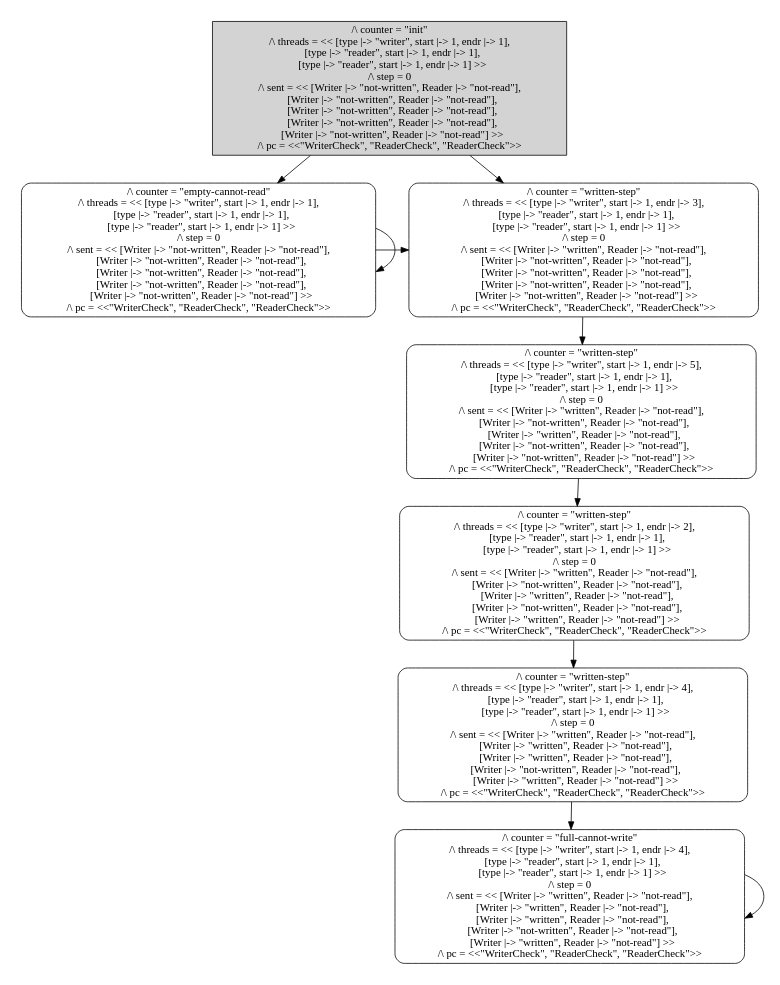
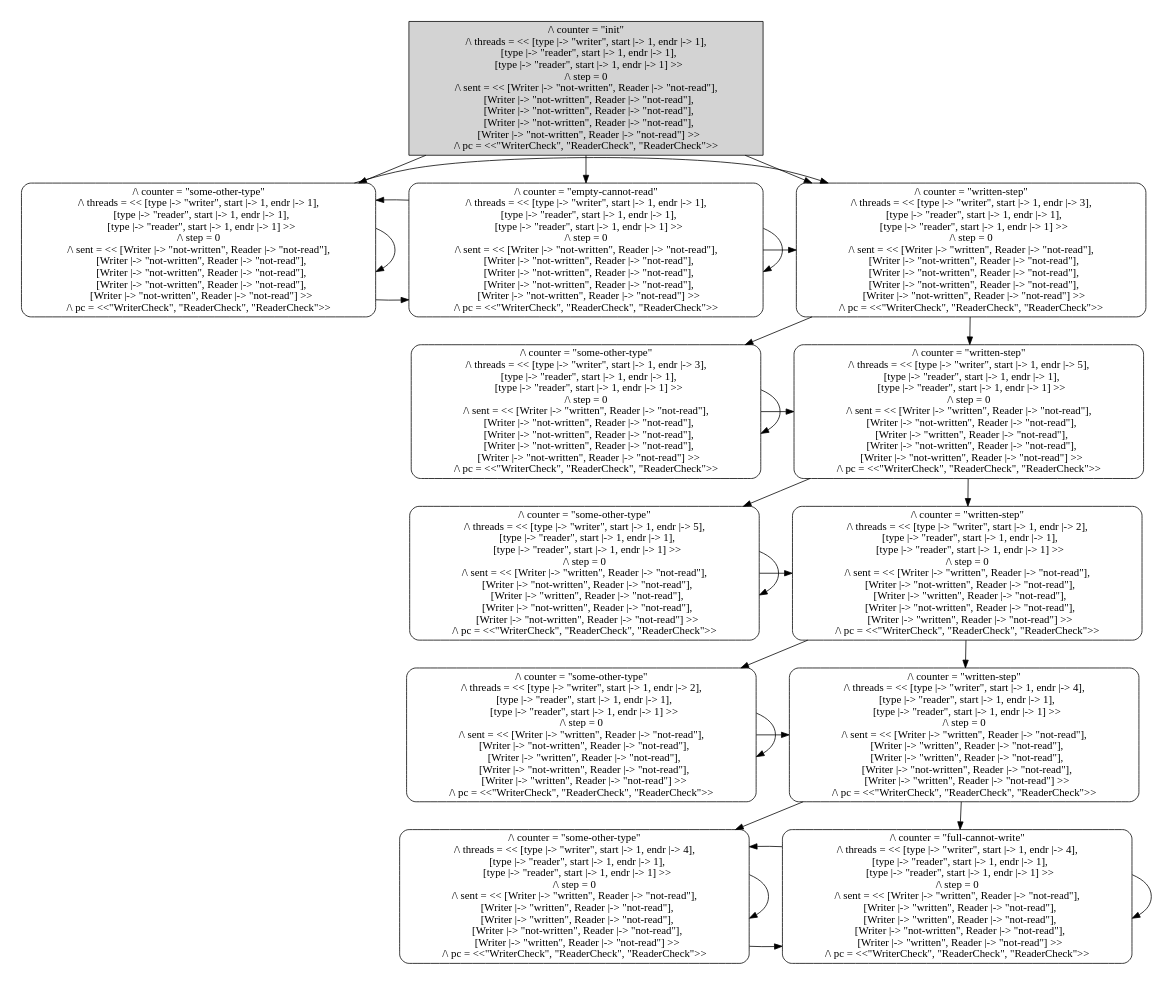
The diagram in ringbuffer-tla/spec.dot (samsquire/assembly), drawn with Graphviz before and after one commit. The commit also changed 36 other files, not shown here.

```diff
--- a/ringbuffer-tla/spec.dot
+++ b/ringbuffer-tla/spec.dot
@@ -3,45 +3,77 @@
 nodesep=0.35;
 subgraph cluster_graph {
 color="white";
-8575854053410491185 [label="/\\ counter = \"init\"\n/\\ threads = << [type |-> \"writer\", start |-> 1, endr |-> 1],\n   [type |-> \"reader\", start |-> 1, endr |-> 1],\n   [type |-> \"reader\", start |-> 1, endr |-> 1] >>\n/\\ step = 0\n/\\ sent = << [Writer |-> \"not-written\", Reader |-> \"not-read\"],\n   [Writer |-> \"not-written\", Reader |-> \"not-read\"],\n   [Writer |-> \"not-written\", Reader |-> \"not-read\"],\n   [Writer |-> \"not-written\", Reader |-> \"not-read\"],\n   [Writer |-> \"not-written\", Reader |-> \"not-read\"] >>\n/\\ pc = <<\"WriterCheck\", \"ReaderCheck\", \"ReaderCheck\">>",style = filled]
-8575854053410491185 -> -319504819257083475 [label="",color="black",fontcolor="black"];
--319504819257083475 [label="/\\ counter = \"empty-cannot-read\"\n/\\ threads = << [type |-> \"writer\", start |-> 1, endr |-> 1],\n   [type |-> \"reader\", start |-> 1, endr |-> 1],\n   [type |-> \"reader\", start |-> 1, endr |-> 1] >>\n/\\ step = 0\n/\\ sent = << [Writer |-> \"not-written\", Reader |-> \"not-read\"],\n   [Writer |-> \"not-written\", Reader |-> \"not-read\"],\n   [Writer |-> \"not-written\", Reader |-> \"not-read\"],\n   [Writer |-> \"not-written\", Reader |-> \"not-read\"],\n   [Writer |-> \"not-written\", Reader |-> \"not-read\"] >>\n/\\ pc = <<\"WriterCheck\", \"ReaderCheck\", \"ReaderCheck\">>"];
-8575854053410491185 -> 6017930998504999431 [label="",color="black",fontcolor="black"];
-6017930998504999431 [label="/\\ counter = \"written-step\"\n/\\ threads = << [type |-> \"writer\", start |-> 1, endr |-> 3],\n   [type |-> \"reader\", start |-> 1, endr |-> 1],\n   [type |-> \"reader\", start |-> 1, endr |-> 1] >>\n/\\ step = 0\n/\\ sent = << [Writer |-> \"written\", Reader |-> \"not-read\"],\n   [Writer |-> \"not-written\", Reader |-> \"not-read\"],\n   [Writer |-> \"not-written\", Reader |-> \"not-read\"],\n   [Writer |-> \"not-written\", Reader |-> \"not-read\"],\n   [Writer |-> \"not-written\", Reader |-> \"not-read\"] >>\n/\\ pc = <<\"WriterCheck\", \"ReaderCheck\", \"ReaderCheck\">>"];
-8575854053410491185 -> -319504819257083475 [label="",color="black",fontcolor="black"];
-8575854053410491185 -> 6017930998504999431 [label="",color="black",fontcolor="black"];
-8575854053410491185 -> -319504819257083475 [label="",color="black",fontcolor="black"];
-8575854053410491185 -> 6017930998504999431 [label="",color="black",fontcolor="black"];
--319504819257083475 -> -319504819257083475 [label="",color="black",fontcolor="black"];
--319504819257083475 -> 6017930998504999431 [label="",color="black",fontcolor="black"];
--319504819257083475 -> -319504819257083475 [label="",color="black",fontcolor="black"];
--319504819257083475 -> 6017930998504999431 [label="",color="black",fontcolor="black"];
--319504819257083475 -> -319504819257083475 [label="",color="black",fontcolor="black"];
--319504819257083475 -> 6017930998504999431 [label="",color="black",fontcolor="black"];
-6017930998504999431 -> 4520288736078588196 [label="",color="black",fontcolor="black"];
-4520288736078588196 [label="/\\ counter = \"written-step\"\n/\\ threads = << [type |-> \"writer\", start |-> 1, endr |-> 5],\n   [type |-> \"reader\", start |-> 1, endr |-> 1],\n   [type |-> \"reader\", start |-> 1, endr |-> 1] >>\n/\\ step = 0\n/\\ sent = << [Writer |-> \"written\", Reader |-> \"not-read\"],\n   [Writer |-> \"not-written\", Reader |-> \"not-read\"],\n   [Writer |-> \"written\", Reader |-> \"not-read\"],\n   [Writer |-> \"not-written\", Reader |-> \"not-read\"],\n   [Writer |-> \"not-written\", Reader |-> \"not-read\"] >>\n/\\ pc = <<\"WriterCheck\", \"ReaderCheck\", \"ReaderCheck\">>"];
-6017930998504999431 -> 4520288736078588196 [label="",color="black",fontcolor="black"];
-6017930998504999431 -> 4520288736078588196 [label="",color="black",fontcolor="black"];
-4520288736078588196 -> -5201274984305809639 [label="",color="black",fontcolor="black"];
--5201274984305809639 [label="/\\ counter = \"written-step\"\n/\\ threads = << [type |-> \"writer\", start |-> 1, endr |-> 2],\n   [type |-> \"reader\", start |-> 1, endr |-> 1],\n   [type |-> \"reader\", start |-> 1, endr |-> 1] >>\n/\\ step = 0\n/\\ sent = << [Writer |-> \"written\", Reader |-> \"not-read\"],\n   [Writer |-> \"not-written\", Reader |-> \"not-read\"],\n   [Writer |-> \"written\", Reader |-> \"not-read\"],\n   [Writer |-> \"not-written\", Reader |-> \"not-read\"],\n   [Writer |-> \"written\", Reader |-> \"not-read\"] >>\n/\\ pc = <<\"WriterCheck\", \"ReaderCheck\", \"ReaderCheck\">>"];
-4520288736078588196 -> -5201274984305809639 [label="",color="black",fontcolor="black"];
-4520288736078588196 -> -5201274984305809639 [label="",color="black",fontcolor="black"];
--5201274984305809639 -> 6342678876519163561 [label="",color="black",fontcolor="black"];
-6342678876519163561 [label="/\\ counter = \"written-step\"\n/\\ threads = << [type |-> \"writer\", start |-> 1, endr |-> 4],\n   [type |-> \"reader\", start |-> 1, endr |-> 1],\n   [type |-> \"reader\", start |-> 1, endr |-> 1] >>\n/\\ step = 0\n/\\ sent = << [Writer |-> \"written\", Reader |-> \"not-read\"],\n   [Writer |-> \"written\", Reader |-> \"not-read\"],\n   [Writer |-> \"written\", Reader |-> \"not-read\"],\n   [Writer |-> \"not-written\", Reader |-> \"not-read\"],\n   [Writer |-> \"written\", Reader |-> \"not-read\"] >>\n/\\ pc = <<\"WriterCheck\", \"ReaderCheck\", \"ReaderCheck\">>"];
--5201274984305809639 -> 6342678876519163561 [label="",color="black",fontcolor="black"];
--5201274984305809639 -> 6342678876519163561 [label="",color="black",fontcolor="black"];
-6342678876519163561 -> 6827170466445832210 [label="",color="black",fontcolor="black"];
-6827170466445832210 [label="/\\ counter = \"full-cannot-write\"\n/\\ threads = << [type |-> \"writer\", start |-> 1, endr |-> 4],\n   [type |-> \"reader\", start |-> 1, endr |-> 1],\n   [type |-> \"reader\", start |-> 1, endr |-> 1] >>\n/\\ step = 0\n/\\ sent = << [Writer |-> \"written\", Reader |-> \"not-read\"],\n   [Writer |-> \"written\", Reader |-> \"not-read\"],\n   [Writer |-> \"written\", Reader |-> \"not-read\"],\n   [Writer |-> \"not-written\", Reader |-> \"not-read\"],\n   [Writer |-> \"written\", Reader |-> \"not-read\"] >>\n/\\ pc = <<\"WriterCheck\", \"ReaderCheck\", \"ReaderCheck\">>"];
-6342678876519163561 -> 6827170466445832210 [label="",color="black",fontcolor="black"];
-6342678876519163561 -> 6827170466445832210 [label="",color="black",fontcolor="black"];
-6827170466445832210 -> 6827170466445832210 [label="",color="black",fontcolor="black"];
-6827170466445832210 -> 6827170466445832210 [label="",color="black",fontcolor="black"];
-6827170466445832210 -> 6827170466445832210 [label="",color="black",fontcolor="black"];
-{rank = same; 8575854053410491185;}
-{rank = same; -319504819257083475;6017930998504999431;}
-{rank = same; 4520288736078588196;}
-{rank = same; -5201274984305809639;}
-{rank = same; 6342678876519163561;}
-{rank = same; 6827170466445832210;}
+-6051863665710841670 [label="/\\ counter = \"init\"\n/\\ threads = << [type |-> \"writer\", start |-> 1, endr |-> 1],\n   [type |-> \"reader\", start |-> 1, endr |-> 1],\n   [type |-> \"reader\", start |-> 1, endr |-> 1] >>\n/\\ step = 0\n/\\ sent = << [Writer |-> \"not-written\", Reader |-> \"not-read\"],\n   [Writer |-> \"not-written\", Reader |-> \"not-read\"],\n   [Writer |-> \"not-written\", Reader |-> \"not-read\"],\n   [Writer |-> \"not-written\", Reader |-> \"not-read\"],\n   [Writer |-> \"not-written\", Reader |-> \"not-read\"] >>\n/\\ pc = <<\"WriterCheck\", \"ReaderCheck\", \"ReaderCheck\">>",style = filled]
+-6051863665710841670 -> -7301710579168545868 [label="",color="black",fontcolor="black"];
+-7301710579168545868 [label="/\\ counter = \"some-other-type\"\n/\\ threads = << [type |-> \"writer\", start |-> 1, endr |-> 1],\n   [type |-> \"reader\", start |-> 1, endr |-> 1],\n   [type |-> \"reader\", start |-> 1, endr |-> 1] >>\n/\\ step = 0\n/\\ sent = << [Writer |-> \"not-written\", Reader |-> \"not-read\"],\n   [Writer |-> \"not-written\", Reader |-> \"not-read\"],\n   [Writer |-> \"not-written\", Reader |-> \"not-read\"],\n   [Writer |-> \"not-written\", Reader |-> \"not-read\"],\n   [Writer |-> \"not-written\", Reader |-> \"not-read\"] >>\n/\\ pc = <<\"WriterCheck\", \"ReaderCheck\", \"ReaderCheck\">>"];
+-6051863665710841670 -> -3811290044787897827 [label="",color="black",fontcolor="black"];
+-3811290044787897827 [label="/\\ counter = \"written-step\"\n/\\ threads = << [type |-> \"writer\", start |-> 1, endr |-> 3],\n   [type |-> \"reader\", start |-> 1, endr |-> 1],\n   [type |-> \"reader\", start |-> 1, endr |-> 1] >>\n/\\ step = 0\n/\\ sent = << [Writer |-> \"written\", Reader |-> \"not-read\"],\n   [Writer |-> \"not-written\", Reader |-> \"not-read\"],\n   [Writer |-> \"not-written\", Reader |-> \"not-read\"],\n   [Writer |-> \"not-written\", Reader |-> \"not-read\"],\n   [Writer |-> \"not-written\", Reader |-> \"not-read\"] >>\n/\\ pc = <<\"WriterCheck\", \"ReaderCheck\", \"ReaderCheck\">>"];
+-6051863665710841670 -> -8696813682197944328 [label="",color="black",fontcolor="black"];
+-8696813682197944328 [label="/\\ counter = \"empty-cannot-read\"\n/\\ threads = << [type |-> \"writer\", start |-> 1, endr |-> 1],\n   [type |-> \"reader\", start |-> 1, endr |-> 1],\n   [type |-> \"reader\", start |-> 1, endr |-> 1] >>\n/\\ step = 0\n/\\ sent = << [Writer |-> \"not-written\", Reader |-> \"not-read\"],\n   [Writer |-> \"not-written\", Reader |-> \"not-read\"],\n   [Writer |-> \"not-written\", Reader |-> \"not-read\"],\n   [Writer |-> \"not-written\", Reader |-> \"not-read\"],\n   [Writer |-> \"not-written\", Reader |-> \"not-read\"] >>\n/\\ pc = <<\"WriterCheck\", \"ReaderCheck\", \"ReaderCheck\">>"];
+-6051863665710841670 -> -3811290044787897827 [label="",color="black",fontcolor="black"];
+-6051863665710841670 -> -8696813682197944328 [label="",color="black",fontcolor="black"];
+-6051863665710841670 -> -3811290044787897827 [label="",color="black",fontcolor="black"];
+-7301710579168545868 -> -7301710579168545868 [label="",color="black",fontcolor="black"];
+-7301710579168545868 -> -3811290044787897827 [label="",color="black",fontcolor="black"];
+-7301710579168545868 -> -8696813682197944328 [label="",color="black",fontcolor="black"];
+-7301710579168545868 -> -3811290044787897827 [label="",color="black",fontcolor="black"];
+-7301710579168545868 -> -8696813682197944328 [label="",color="black",fontcolor="black"];
+-7301710579168545868 -> -3811290044787897827 [label="",color="black",fontcolor="black"];
+-3811290044787897827 -> 8738069913012881732 [label="",color="black",fontcolor="black"];
+8738069913012881732 [label="/\\ counter = \"some-other-type\"\n/\\ threads = << [type |-> \"writer\", start |-> 1, endr |-> 3],\n   [type |-> \"reader\", start |-> 1, endr |-> 1],\n   [type |-> \"reader\", start |-> 1, endr |-> 1] >>\n/\\ step = 0\n/\\ sent = << [Writer |-> \"written\", Reader |-> \"not-read\"],\n   [Writer |-> \"not-written\", Reader |-> \"not-read\"],\n   [Writer |-> \"not-written\", Reader |-> \"not-read\"],\n   [Writer |-> \"not-written\", Reader |-> \"not-read\"],\n   [Writer |-> \"not-written\", Reader |-> \"not-read\"] >>\n/\\ pc = <<\"WriterCheck\", \"ReaderCheck\", \"ReaderCheck\">>"];
+-3811290044787897827 -> 4515342442379867883 [label="",color="black",fontcolor="black"];
+4515342442379867883 [label="/\\ counter = \"written-step\"\n/\\ threads = << [type |-> \"writer\", start |-> 1, endr |-> 5],\n   [type |-> \"reader\", start |-> 1, endr |-> 1],\n   [type |-> \"reader\", start |-> 1, endr |-> 1] >>\n/\\ step = 0\n/\\ sent = << [Writer |-> \"written\", Reader |-> \"not-read\"],\n   [Writer |-> \"not-written\", Reader |-> \"not-read\"],\n   [Writer |-> \"written\", Reader |-> \"not-read\"],\n   [Writer |-> \"not-written\", Reader |-> \"not-read\"],\n   [Writer |-> \"not-written\", Reader |-> \"not-read\"] >>\n/\\ pc = <<\"WriterCheck\", \"ReaderCheck\", \"ReaderCheck\">>"];
+-3811290044787897827 -> 4515342442379867883 [label="",color="black",fontcolor="black"];
+-3811290044787897827 -> 4515342442379867883 [label="",color="black",fontcolor="black"];
+-8696813682197944328 -> -7301710579168545868 [label="",color="black",fontcolor="black"];
+-8696813682197944328 -> -3811290044787897827 [label="",color="black",fontcolor="black"];
+-8696813682197944328 -> -8696813682197944328 [label="",color="black",fontcolor="black"];
+-8696813682197944328 -> -3811290044787897827 [label="",color="black",fontcolor="black"];
+-8696813682197944328 -> -8696813682197944328 [label="",color="black",fontcolor="black"];
+-8696813682197944328 -> -3811290044787897827 [label="",color="black",fontcolor="black"];
+8738069913012881732 -> 8738069913012881732 [label="",color="black",fontcolor="black"];
+8738069913012881732 -> 4515342442379867883 [label="",color="black",fontcolor="black"];
+8738069913012881732 -> 4515342442379867883 [label="",color="black",fontcolor="black"];
+8738069913012881732 -> 4515342442379867883 [label="",color="black",fontcolor="black"];
+4515342442379867883 -> -5485904536235013221 [label="",color="black",fontcolor="black"];
+-5485904536235013221 [label="/\\ counter = \"some-other-type\"\n/\\ threads = << [type |-> \"writer\", start |-> 1, endr |-> 5],\n   [type |-> \"reader\", start |-> 1, endr |-> 1],\n   [type |-> \"reader\", start |-> 1, endr |-> 1] >>\n/\\ step = 0\n/\\ sent = << [Writer |-> \"written\", Reader |-> \"not-read\"],\n   [Writer |-> \"not-written\", Reader |-> \"not-read\"],\n   [Writer |-> \"written\", Reader |-> \"not-read\"],\n   [Writer |-> \"not-written\", Reader |-> \"not-read\"],\n   [Writer |-> \"not-written\", Reader |-> \"not-read\"] >>\n/\\ pc = <<\"WriterCheck\", \"ReaderCheck\", \"ReaderCheck\">>"];
+4515342442379867883 -> -7585305283460969439 [label="",color="black",fontcolor="black"];
+-7585305283460969439 [label="/\\ counter = \"written-step\"\n/\\ threads = << [type |-> \"writer\", start |-> 1, endr |-> 2],\n   [type |-> \"reader\", start |-> 1, endr |-> 1],\n   [type |-> \"reader\", start |-> 1, endr |-> 1] >>\n/\\ step = 0\n/\\ sent = << [Writer |-> \"written\", Reader |-> \"not-read\"],\n   [Writer |-> \"not-written\", Reader |-> \"not-read\"],\n   [Writer |-> \"written\", Reader |-> \"not-read\"],\n   [Writer |-> \"not-written\", Reader |-> \"not-read\"],\n   [Writer |-> \"written\", Reader |-> \"not-read\"] >>\n/\\ pc = <<\"WriterCheck\", \"ReaderCheck\", \"ReaderCheck\">>"];
+4515342442379867883 -> -7585305283460969439 [label="",color="black",fontcolor="black"];
+4515342442379867883 -> -7585305283460969439 [label="",color="black",fontcolor="black"];
+-5485904536235013221 -> -5485904536235013221 [label="",color="black",fontcolor="black"];
+-5485904536235013221 -> -7585305283460969439 [label="",color="black",fontcolor="black"];
+-5485904536235013221 -> -7585305283460969439 [label="",color="black",fontcolor="black"];
+-5485904536235013221 -> -7585305283460969439 [label="",color="black",fontcolor="black"];
+-7585305283460969439 -> -7798450948328355687 [label="",color="black",fontcolor="black"];
+-7798450948328355687 [label="/\\ counter = \"some-other-type\"\n/\\ threads = << [type |-> \"writer\", start |-> 1, endr |-> 2],\n   [type |-> \"reader\", start |-> 1, endr |-> 1],\n   [type |-> \"reader\", start |-> 1, endr |-> 1] >>\n/\\ step = 0\n/\\ sent = << [Writer |-> \"written\", Reader |-> \"not-read\"],\n   [Writer |-> \"not-written\", Reader |-> \"not-read\"],\n   [Writer |-> \"written\", Reader |-> \"not-read\"],\n   [Writer |-> \"not-written\", Reader |-> \"not-read\"],\n   [Writer |-> \"written\", Reader |-> \"not-read\"] >>\n/\\ pc = <<\"WriterCheck\", \"ReaderCheck\", \"ReaderCheck\">>"];
+-7585305283460969439 -> 7348867688765914453 [label="",color="black",fontcolor="black"];
+7348867688765914453 [label="/\\ counter = \"written-step\"\n/\\ threads = << [type |-> \"writer\", start |-> 1, endr |-> 4],\n   [type |-> \"reader\", start |-> 1, endr |-> 1],\n   [type |-> \"reader\", start |-> 1, endr |-> 1] >>\n/\\ step = 0\n/\\ sent = << [Writer |-> \"written\", Reader |-> \"not-read\"],\n   [Writer |-> \"written\", Reader |-> \"not-read\"],\n   [Writer |-> \"written\", Reader |-> \"not-read\"],\n   [Writer |-> \"not-written\", Reader |-> \"not-read\"],\n   [Writer |-> \"written\", Reader |-> \"not-read\"] >>\n/\\ pc = <<\"WriterCheck\", \"ReaderCheck\", \"ReaderCheck\">>"];
+-7585305283460969439 -> 7348867688765914453 [label="",color="black",fontcolor="black"];
+-7585305283460969439 -> 7348867688765914453 [label="",color="black",fontcolor="black"];
+-7798450948328355687 -> -7798450948328355687 [label="",color="black",fontcolor="black"];
+-7798450948328355687 -> 7348867688765914453 [label="",color="black",fontcolor="black"];
+-7798450948328355687 -> 7348867688765914453 [label="",color="black",fontcolor="black"];
+-7798450948328355687 -> 7348867688765914453 [label="",color="black",fontcolor="black"];
+7348867688765914453 -> 171811459985555876 [label="",color="black",fontcolor="black"];
+171811459985555876 [label="/\\ counter = \"some-other-type\"\n/\\ threads = << [type |-> \"writer\", start |-> 1, endr |-> 4],\n   [type |-> \"reader\", start |-> 1, endr |-> 1],\n   [type |-> \"reader\", start |-> 1, endr |-> 1] >>\n/\\ step = 0\n/\\ sent = << [Writer |-> \"written\", Reader |-> \"not-read\"],\n   [Writer |-> \"written\", Reader |-> \"not-read\"],\n   [Writer |-> \"written\", Reader |-> \"not-read\"],\n   [Writer |-> \"not-written\", Reader |-> \"not-read\"],\n   [Writer |-> \"written\", Reader |-> \"not-read\"] >>\n/\\ pc = <<\"WriterCheck\", \"ReaderCheck\", \"ReaderCheck\">>"];
+7348867688765914453 -> -8576310138225346065 [label="",color="black",fontcolor="black"];
+-8576310138225346065 [label="/\\ counter = \"full-cannot-write\"\n/\\ threads = << [type |-> \"writer\", start |-> 1, endr |-> 4],\n   [type |-> \"reader\", start |-> 1, endr |-> 1],\n   [type |-> \"reader\", start |-> 1, endr |-> 1] >>\n/\\ step = 0\n/\\ sent = << [Writer |-> \"written\", Reader |-> \"not-read\"],\n   [Writer |-> \"written\", Reader |-> \"not-read\"],\n   [Writer |-> \"written\", Reader |-> \"not-read\"],\n   [Writer |-> \"not-written\", Reader |-> \"not-read\"],\n   [Writer |-> \"written\", Reader |-> \"not-read\"] >>\n/\\ pc = <<\"WriterCheck\", \"ReaderCheck\", \"ReaderCheck\">>"];
+7348867688765914453 -> -8576310138225346065 [label="",color="black",fontcolor="black"];
+7348867688765914453 -> -8576310138225346065 [label="",color="black",fontcolor="black"];
+171811459985555876 -> 171811459985555876 [label="",color="black",fontcolor="black"];
+171811459985555876 -> -8576310138225346065 [label="",color="black",fontcolor="black"];
+171811459985555876 -> -8576310138225346065 [label="",color="black",fontcolor="black"];
+171811459985555876 -> -8576310138225346065 [label="",color="black",fontcolor="black"];
+-8576310138225346065 -> 171811459985555876 [label="",color="black",fontcolor="black"];
+-8576310138225346065 -> -8576310138225346065 [label="",color="black",fontcolor="black"];
+-8576310138225346065 -> -8576310138225346065 [label="",color="black",fontcolor="black"];
+-8576310138225346065 -> -8576310138225346065 [label="",color="black",fontcolor="black"];
+{rank = same; -6051863665710841670;}
+{rank = same; -7301710579168545868;-8696813682197944328;-3811290044787897827;}
+{rank = same; 8738069913012881732;4515342442379867883;}
+{rank = same; -5485904536235013221;-7585305283460969439;}
+{rank = same; -7798450948328355687;7348867688765914453;}
+{rank = same; -8576310138225346065;171811459985555876;}
 }
 }
```
